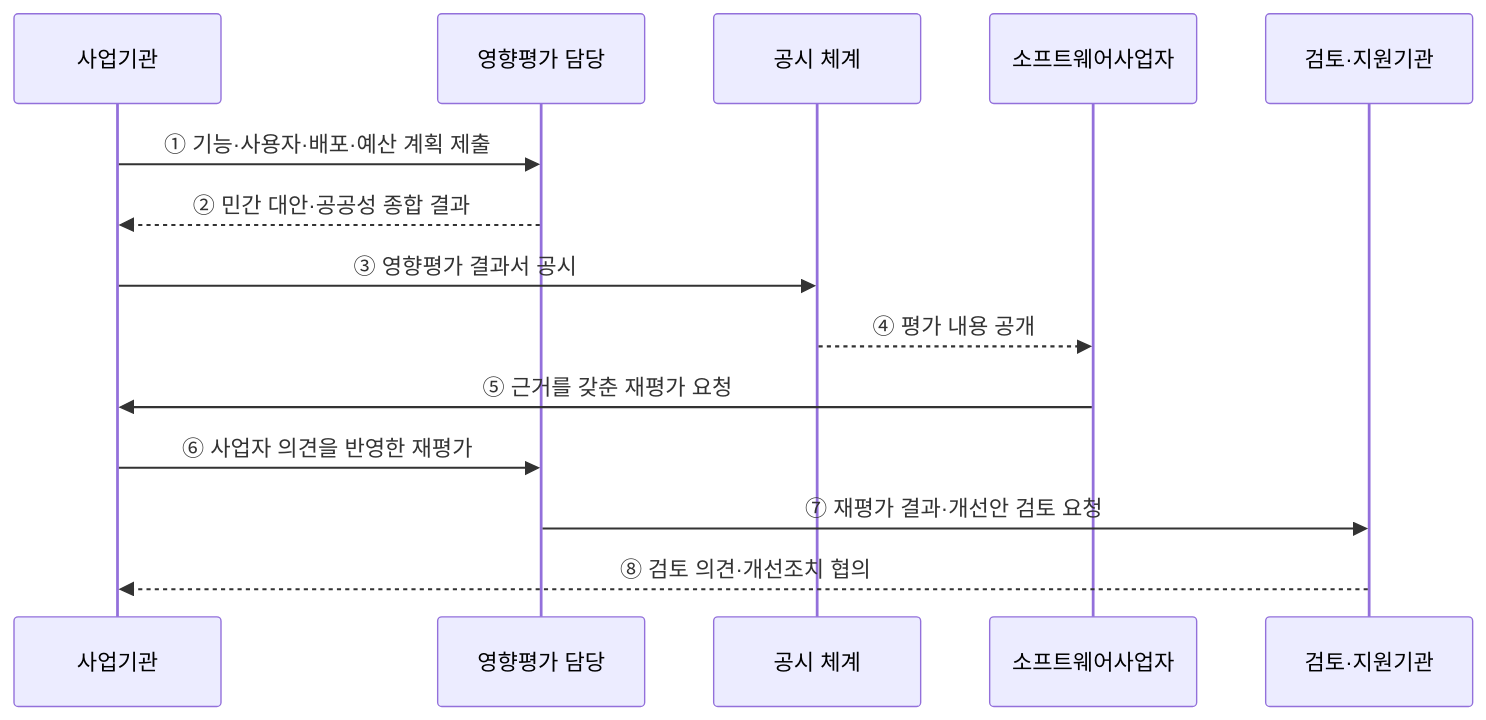
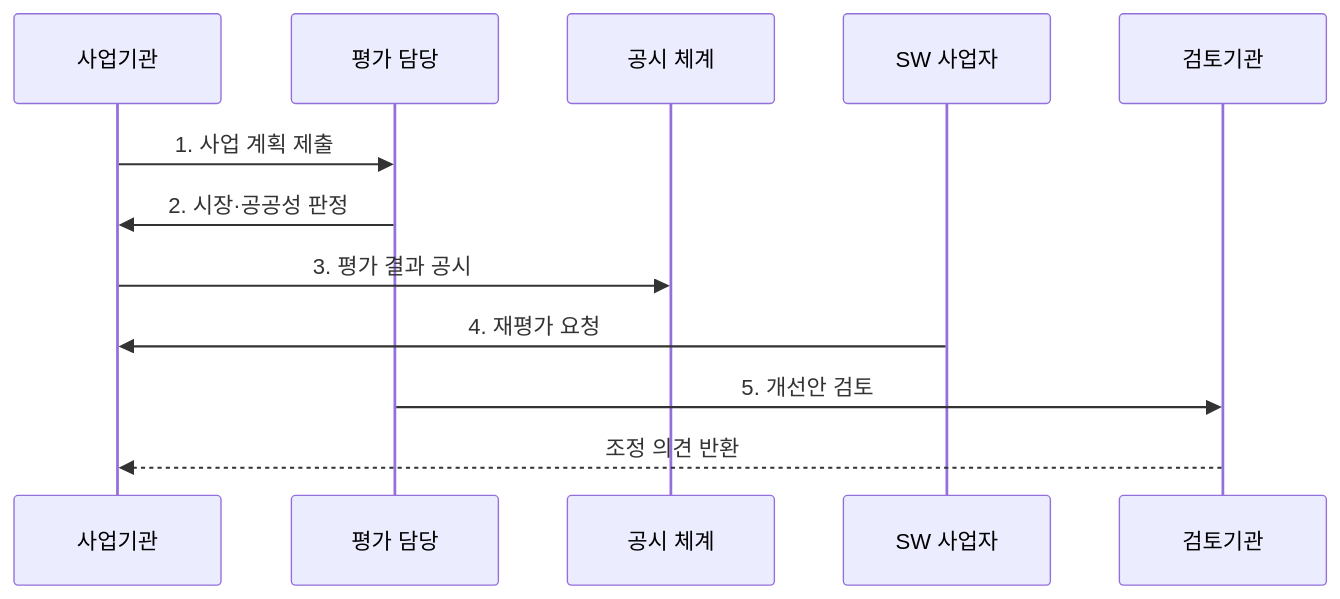
Before and after one commit to agnusdei1207/knowledge-base: the second of 2 diagrams in src/content/docs/notes/03-software/192_sw_business_impact_assessment.md, drawn with Mermaid. The commit also changed other lines of this file and 20 other files, not shown here.

````diff
--- a/src/content/docs/notes/03-software/192_sw_business_impact_assessment.md
+++ b/src/content/docs/notes/03-software/192_sw_business_impact_assessment.md
@@ -68,16 +78,14 @@
 ```mermaid
 sequenceDiagram
     participant A as 사업기관
-    participant E as 영향평가 담당
+    participant E as 평가 담당
     participant P as 공시 체계
-    participant S as 소프트웨어사업자
-    participant G as 검토·지원기관
-    A->>E: ① 기능·사용자·배포·예산 계획 제출
-    E-->>A: ② 민간 대안·공공성 종합 결과
-    A->>P: ③ 영향평가 결과서 공시
-    P-->>S: ④ 평가 내용 공개
-    S->>A: ⑤ 근거를 갖춘 재평가 요청
-    A->>E: ⑥ 사업자 의견을 반영한 재평가
-    E->>G: ⑦ 재평가 결과·개선안 검토 요청
-    G-->>A: ⑧ 검토 의견·개선조치 협의
+    participant S as SW 사업자
+    participant G as 검토기관
+    A->>E: 1. 사업 계획 제출
+    E->>A: 2. 시장·공공성 판정
+    A->>P: 3. 평가 결과 공시
+    S->>A: 4. 재평가 요청
+    E->>G: 5. 개선안 검토
+    G-->>A: 조정 의견 반환
 ```
````
